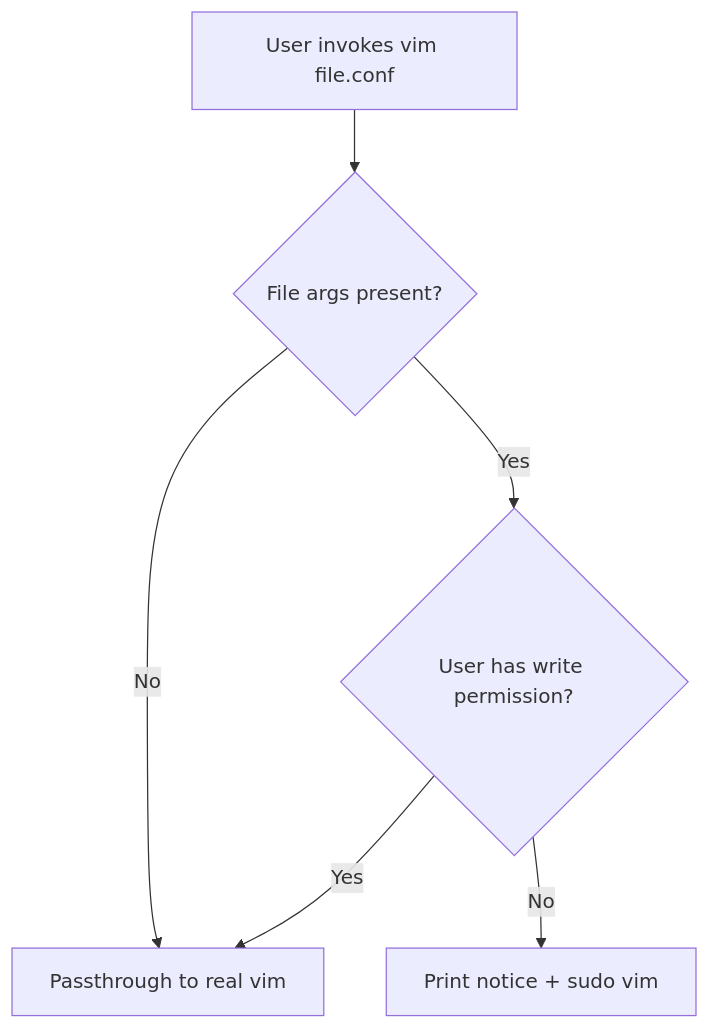
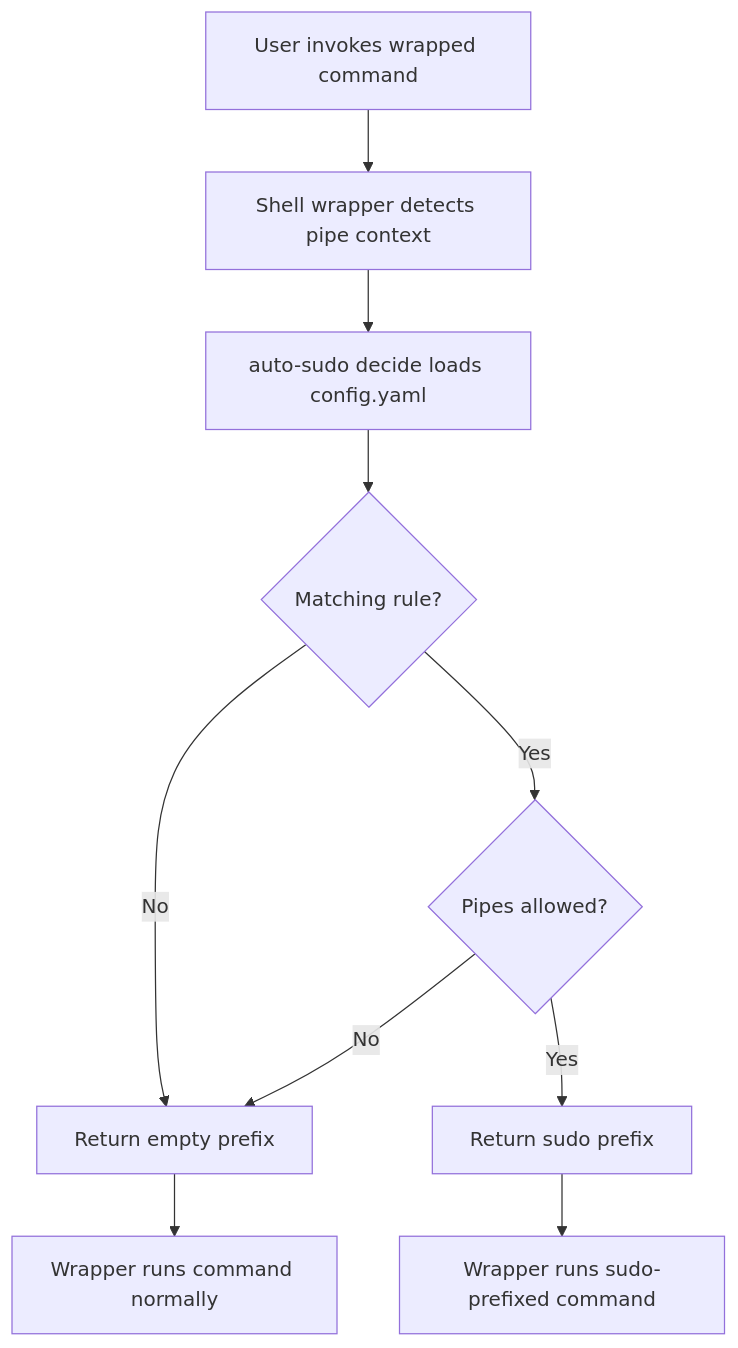
The diagram in docs/PROJ-ARCH.md (the-robot-lives/auto-sudo), drawn with Mermaid before and after one commit. The commit also changed other lines of this file and 15 other files, not shown here.

Commit message:
auto sudo improvements

````diff
--- a/docs/PROJ-ARCH.md
+++ b/docs/PROJ-ARCH.md
@@ -9,8 +11,12 @@
 ```mermaid
 flowchart TD
-    A[User invokes vim file.conf] --> B{File args present?}
-    B -- No --> C[Passthrough to real vim]
-    B -- Yes --> D{User has write permission?}
-    D -- Yes --> C
-    D -- No --> E[Print notice + sudo vim]
+    A[User invokes wrapped command] --> B[Shell wrapper detects pipe context]
+    B --> C[auto-sudo decide loads config.yaml]
+    C --> D{Matching rule?}
+    D -- No --> E[Return empty prefix]
+    D -- Yes --> F{Pipes allowed?}
+    F -- No --> E
+    F -- Yes --> G[Return sudo prefix]
+    E --> H[Wrapper runs command normally]
+    G --> I[Wrapper runs sudo-prefixed command]
 ```
````
